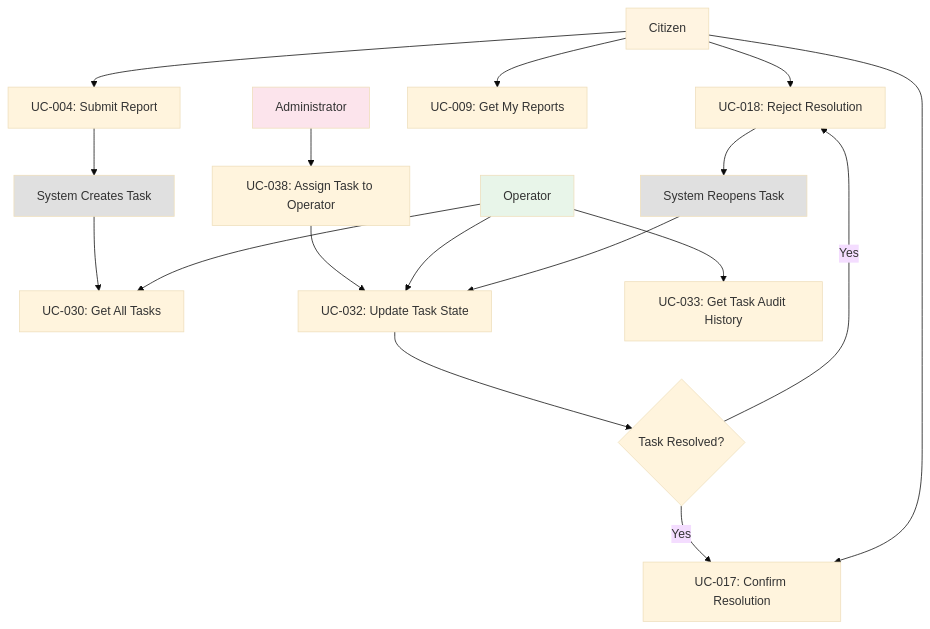
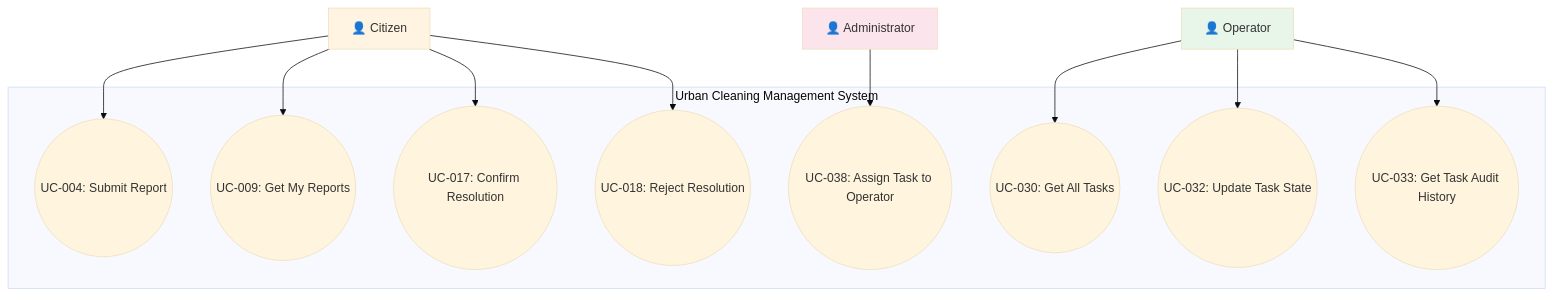
The third of 10 diagrams in docs/architecture/01-use-case-view.md (vyolete/urban-cleaning-management), drawn with Mermaid (base theme) before and after one commit. The commit also changed other lines of this file and 585 other files, not shown here.

````diff
--- a/docs/architecture/01-use-case-view.md
+++ b/docs/architecture/01-use-case-view.md
@@ -877,36 +889,32 @@
 ```mermaid
 graph TB
-    Citizen[Citizen]
-    Operator[Operator]
-    Admin[Administrator]
+    subgraph System["Urban Cleaning Management System"]
+        Submit((UC-004: Submit Report))
+        MyReports((UC-009: Get My Reports))
+        GetTasks((UC-030: Get All Tasks))
+        Assign((UC-038: Assign Task to Operator))
+        UpdateState((UC-032: Update Task State))
+        Confirm((UC-017: Confirm Resolution))
+        Reject((UC-018: Reject Resolution))
+        Audit((UC-033: Get Task Audit History))
+    end
     
-    Citizen --> Submit[UC-004: Submit Report]
-    Citizen --> MyReports[UC-009: Get My Reports]
+    Citizen[👤 Citizen]
+    Operator[👤 Operator]
+    Admin[👤 Administrator]
     
-    Submit --> CreateTask[System Creates Task]
-    
-    CreateTask --> GetTasks[UC-030: Get All Tasks]
-    Operator --> GetTasks
-    
-    Admin --> Assign[UC-038: Assign Task to Operator]
-    Assign --> UpdateState[UC-032: Update Task State]
-    Operator --> UpdateState
-    
-    UpdateState --> Resolved{Task Resolved?}
-    Resolved -->|Yes| Confirm[UC-017: Confirm Resolution]
-    Resolved -->|Yes| Reject[UC-018: Reject Resolution]
-    
+    Citizen --> Submit
+    Citizen --> MyReports
     Citizen --> Confirm
     Citizen --> Reject
     
-    Reject --> Reopen[System Reopens Task]
-    Reopen --> UpdateState
+    Operator --> GetTasks
+    Operator --> UpdateState
+    Operator --> Audit
     
-    Operator --> Audit[UC-033: Get Task Audit History]
+    Admin --> Assign
     
     style Citizen fill:#fff4e1
     style Operator fill:#e8f5e9
     style Admin fill:#fce4ec
-    style CreateTask fill:#e0e0e0
-    style Reopen fill:#e0e0e0
 ```
````
